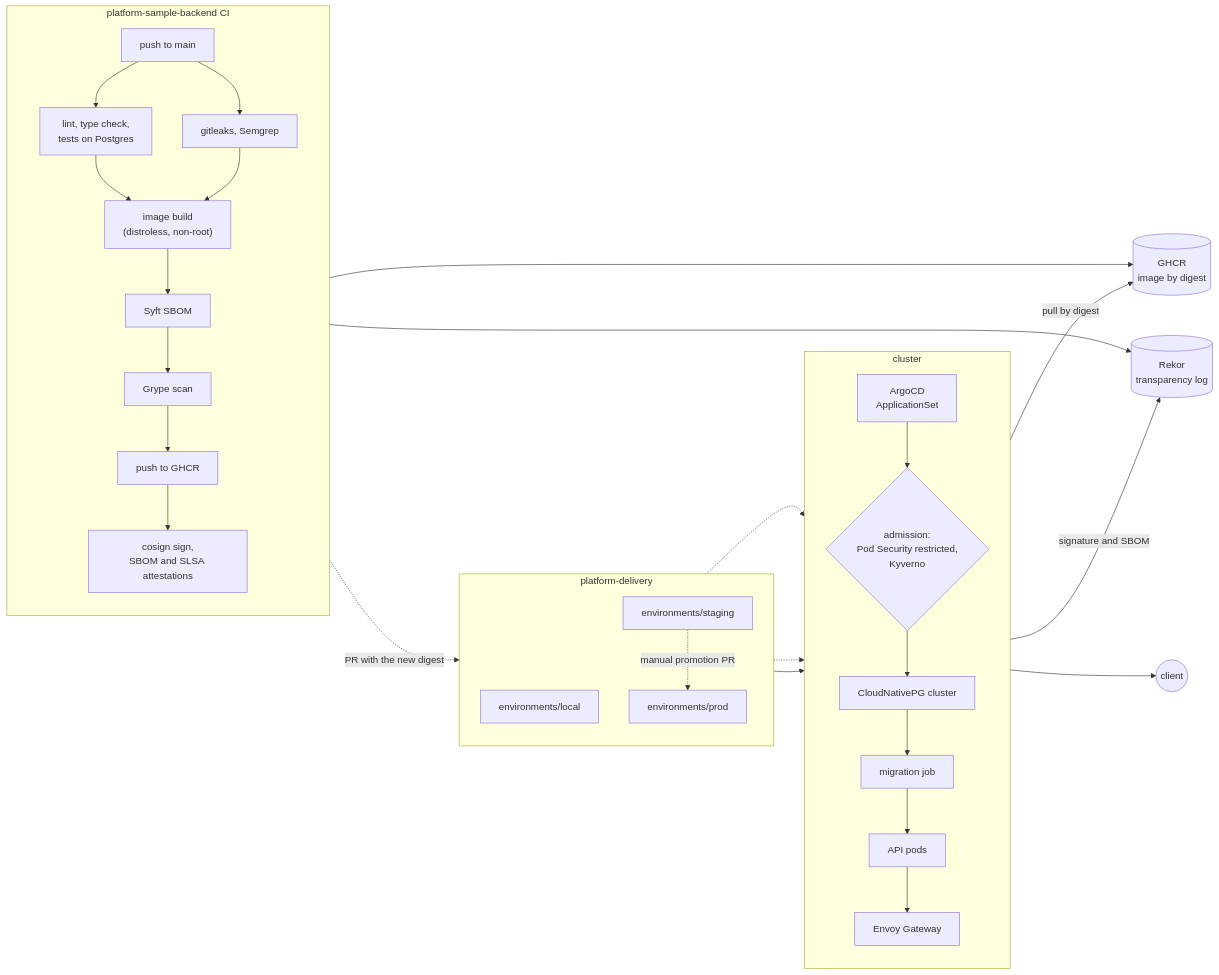
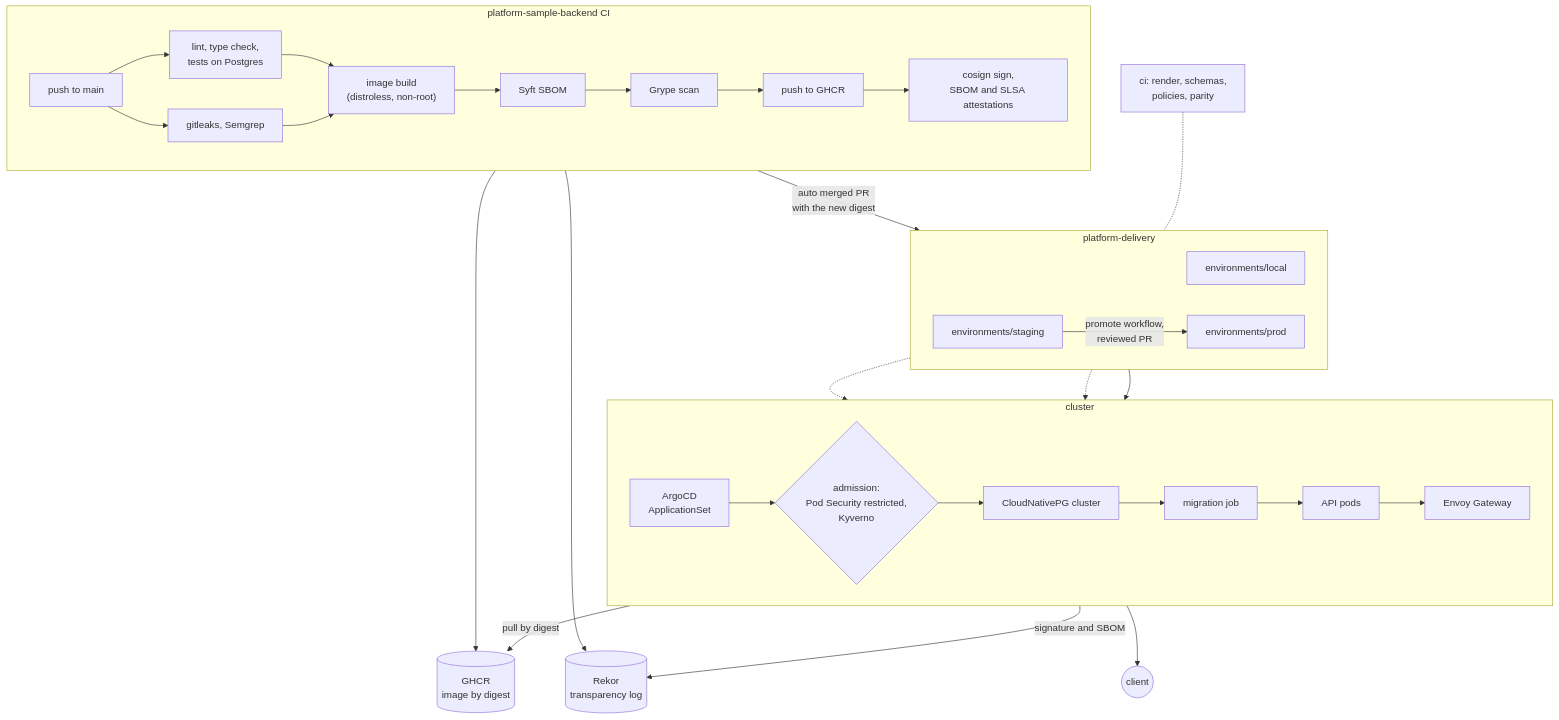
One commit to rootsher/platform-delivery changed the first of 2 diagrams in README.md. Above: the diagram before and after it, drawn with Mermaid. The commit also changed other lines of this file, not shown here.

Commit message:
docs: show promotion and the cloud clusters in the flow

````diff
--- a/README.md
+++ b/README.md
@@ -18,40 +19,41 @@
 ```mermaid
-flowchart LR
+flowchart TB
   subgraph backend["platform-sample-backend CI"]
-    direction TB
+    direction LR
     push["push to main"] --> checks["lint, type check,<br/>tests on Postgres"]
     push --> scans["gitleaks, Semgrep"]
     checks --> build["image build<br/>(distroless, non-root)"]
     scans --> build
     build --> sbom["Syft SBOM"] --> grype["Grype scan"]
     grype --> publish["push to GHCR"]
     publish --> sign["cosign sign,<br/>SBOM and SLSA attestations"]
   end
 
   publish --> ghcr[("GHCR<br/>image by digest")]
   sign --> rekor[("Rekor<br/>transparency log")]
 
   subgraph repo["platform-delivery"]
-    direction TB
+    direction LR
     local["environments/local"]
     staging["environments/staging"]
     prod["environments/prod"]
   end
 
-  sign -. "PR with the new digest" .-> staging
-  staging -. "manual promotion PR" .-> prod
+  sign -- "auto merged PR<br/>with the new digest" --> staging
+  staging -- "promote workflow,<br/>reviewed PR" --> prod
+  checks2["ci: render, schemas,<br/>policies, parity"] -.- repo
 
   subgraph cluster["cluster"]
-    direction TB
+    direction LR
     argocd["ArgoCD<br/>ApplicationSet"] --> admission{"admission:<br/>Pod Security restricted,<br/>Kyverno"}
     admission --> db["CloudNativePG cluster"] --> migrate["migration job"] --> api["API pods"]
     api --> gateway["Envoy Gateway"]
   end
 
   local --> argocd
   staging -.-> argocd
   prod -.-> argocd
   admission -- "signature and SBOM" --> rekor
   admission -- "pull by digest" --> ghcr
   gateway --> client(("client"))
 ```
````
